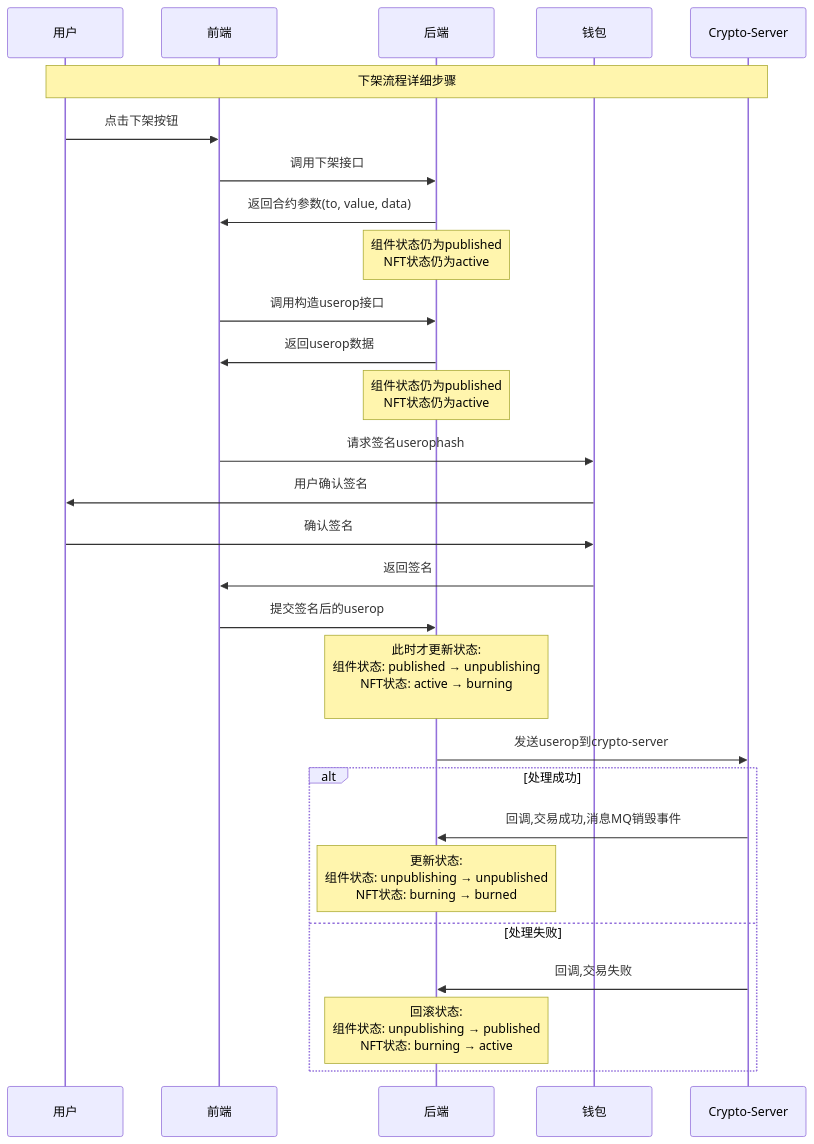
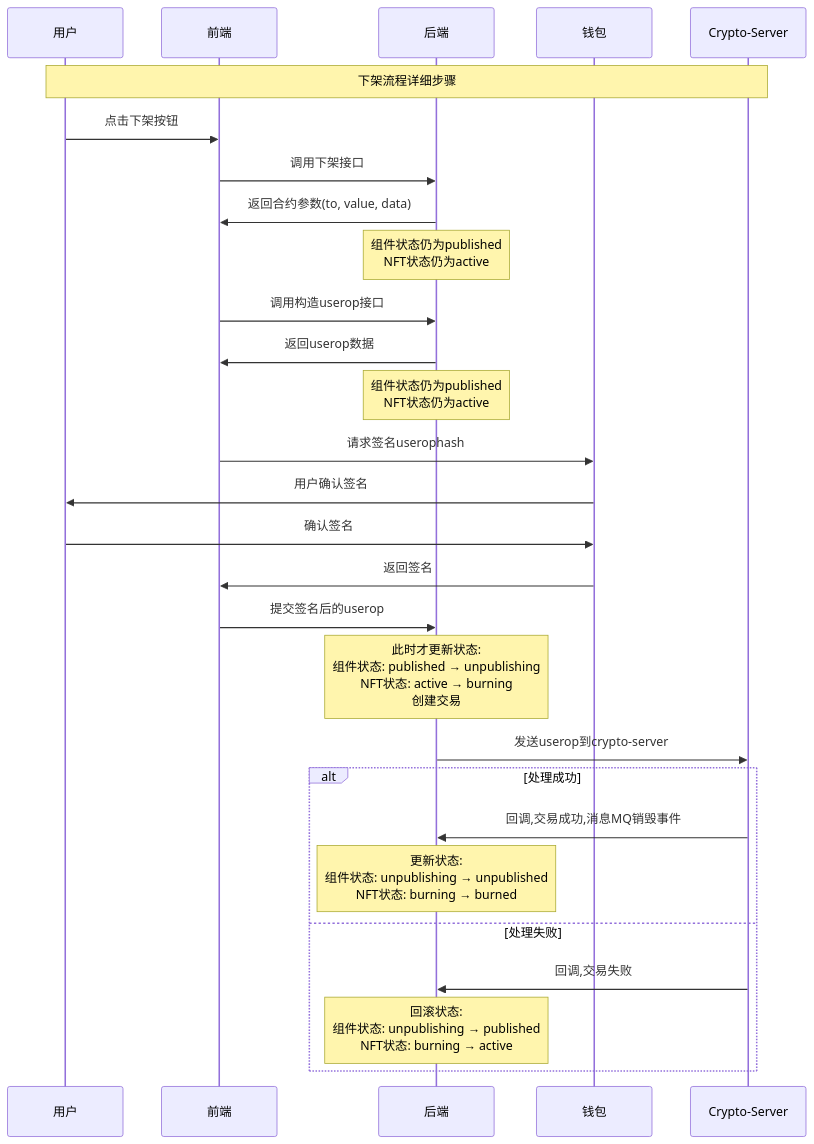
The diagram in all/未命名-76.md (yingjianzh/iodraw-files), drawn with Mermaid before and after one commit.

Commit message:
2025-07-08 11:26:10 update

````diff
--- a/all/未命名-76.md
+++ b/all/未命名-76.md
@@ -1,36 +1,36 @@
 ```mermaid
 sequenceDiagram
     participant User as 用户
     participant Frontend as 前端
     participant Backend as 后端
     participant Wallet as 钱包
     participant CryptoServer as Crypto-Server
     
     Note over User,CryptoServer: 下架流程详细步骤
     
     User->>Frontend: 点击下架按钮
     Frontend->>Backend: 调用下架接口
     Backend->>Frontend: 返回合约参数(to, value, data)
     Note over Backend: 组件状态仍为published<br/>NFT状态仍为active
     
     Frontend->>Backend: 调用构造userop接口
     Backend->>Frontend: 返回userop数据
     Note over Backend: 组件状态仍为published<br/>NFT状态仍为active
     
     Frontend->>Wallet: 请求签名userophash
     Wallet->>User: 用户确认签名
     User->>Wallet: 确认签名
     Wallet->>Frontend: 返回签名
     
     Frontend->>Backend: 提交签名后的userop
-    Note over Backend: 此时才更新状态:<br/>组件状态: published → unpublishing<br/>NFT状态: active → burning <br/> 
+    Note over Backend: 此时才更新状态:<br/>组件状态: published → unpublishing<br/>NFT状态: active → burning <br/> 创建交易
     Backend->>CryptoServer: 发送userop到crypto-server
     
     alt 处理成功
         CryptoServer->>Backend: 回调,交易成功,消息MQ销毁事件
         Note over Backend: 更新状态:<br/>组件状态: unpublishing → unpublished<br/>NFT状态: burning → burned
     else 处理失败
         CryptoServer->>Backend: 回调,交易失败
         Note over Backend: 回滚状态:<br/>组件状态: unpublishing → published<br/>NFT状态: burning → active
     end
 ```
````
